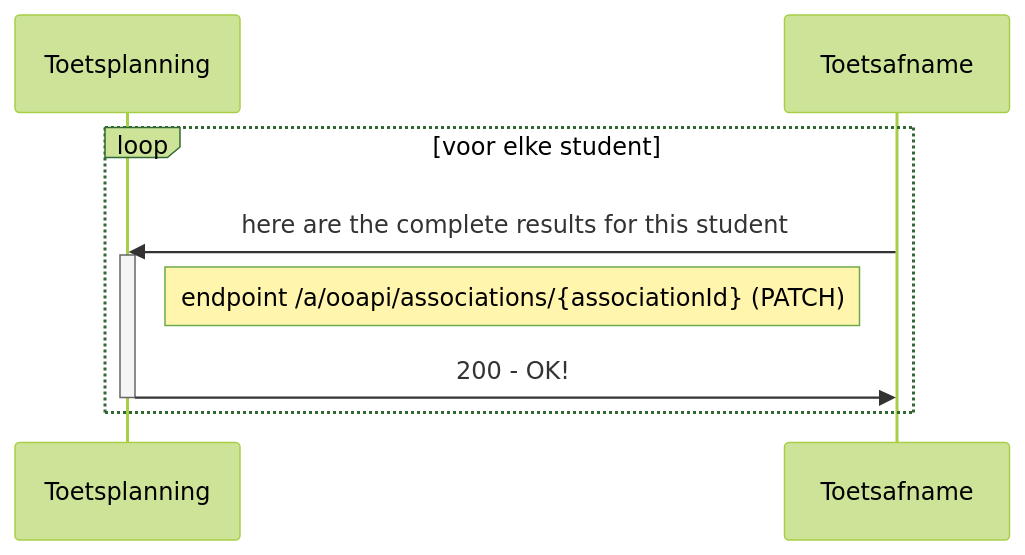
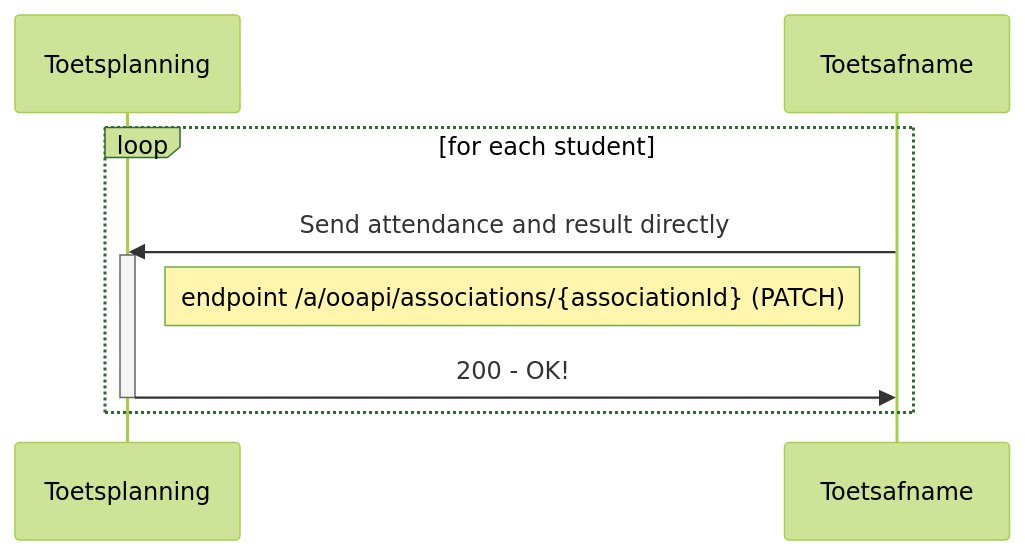
The first of 4 diagrams in doc/flow3.md (NetwerkExamineringDigitalisering/NED-OOAPI), drawn with Mermaid (forest theme) before and after one commit. The commit also changed other lines of this file, not shown here.

First line of the commit message:
Update flow3.md

````diff
--- a/doc/flow3.md
+++ b/doc/flow3.md
@@ -7,12 +7,12 @@
 ```mermaid
 sequenceDiagram
     participant Toetsplanning
     participant Toetsafname
-    loop voor elke student
-      Toetsafname->>Toetsplanning: here are the complete results for this student
+    loop for each student
+      Toetsafname->>Toetsplanning: Send attendance and result directly
       activate Toetsplanning
       Note right of Toetsplanning: endpoint /a/ooapi/associations/{associationId} (PATCH)
       Toetsplanning->>Toetsafname: 200 - OK!
       deactivate Toetsplanning
     end
 ```
````
